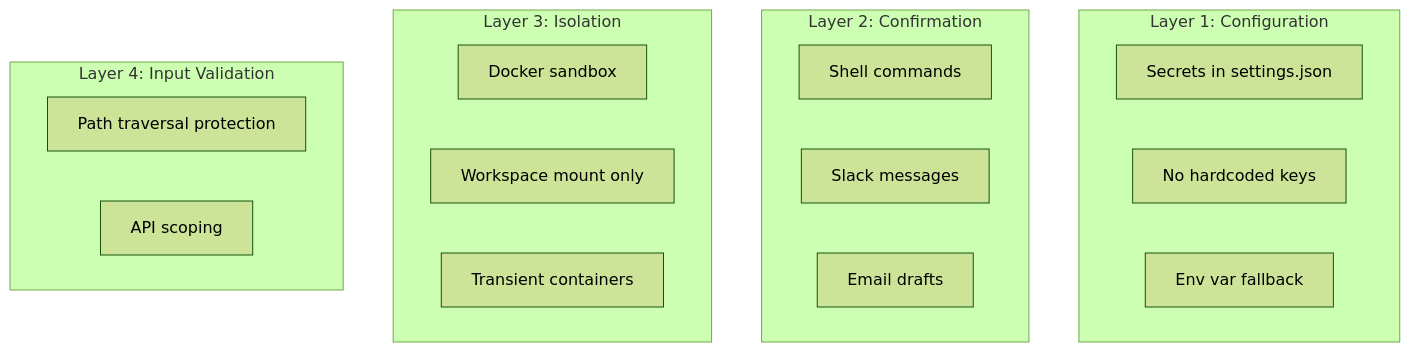
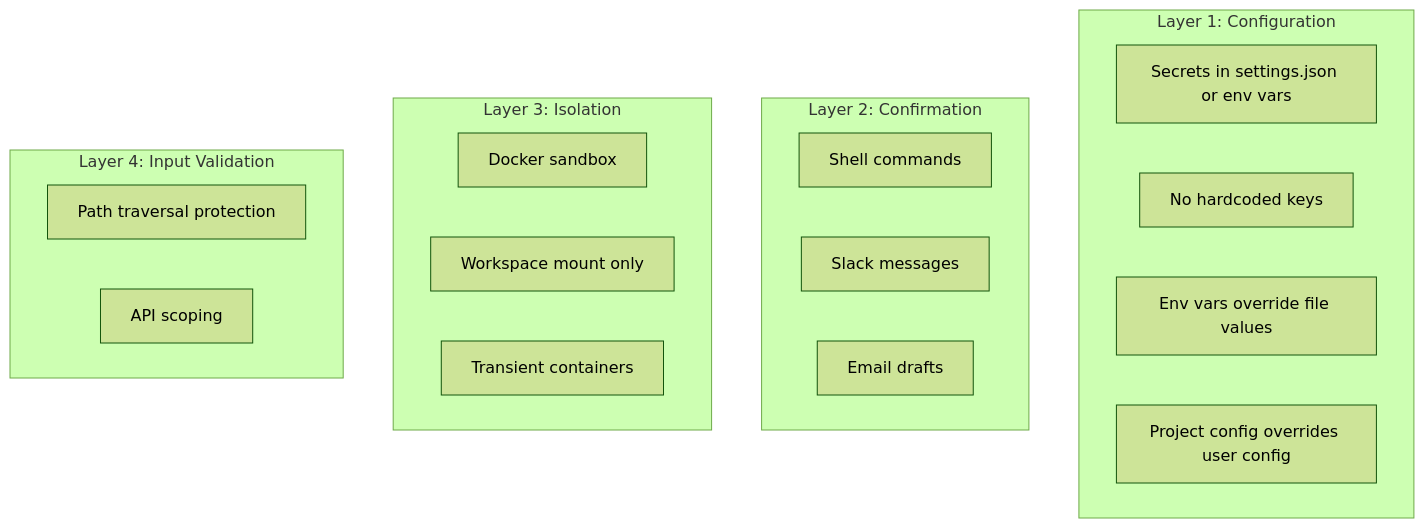
Diagram 13 of 15 in docs/DESIGN-co-cli.md (binlecode/co-cli), drawn with Mermaid (forest theme) before and after one commit. The commit also changed other lines of this file and 8 other files, not shown here.

First line of the commit message:
Add project-level config (.co-cli/settings.json) with 4-layer precedence

````diff
--- a/docs/DESIGN-co-cli.md
+++ b/docs/DESIGN-co-cli.md
@@ -1117,25 +1135,26 @@
 ```mermaid
 graph TB
     subgraph Layer 1: Configuration
-        S1[Secrets in settings.json]
+        S1[Secrets in settings.json or env vars]
         S2[No hardcoded keys]
-        S3[Env var fallback]
+        S3[Env vars override file values]
+        S4[Project config overrides user config]
     end
 
     subgraph Layer 2: Confirmation
         C1[Shell commands]
         C2[Slack messages]
         C3[Email drafts]
     end
 
     subgraph Layer 3: Isolation
         I1[Docker sandbox]
         I2[Workspace mount only]
         I3[Transient containers]
     end
 
     subgraph Layer 4: Input Validation
         V1[Path traversal protection]
         V2[API scoping]
     end
 ```
````
